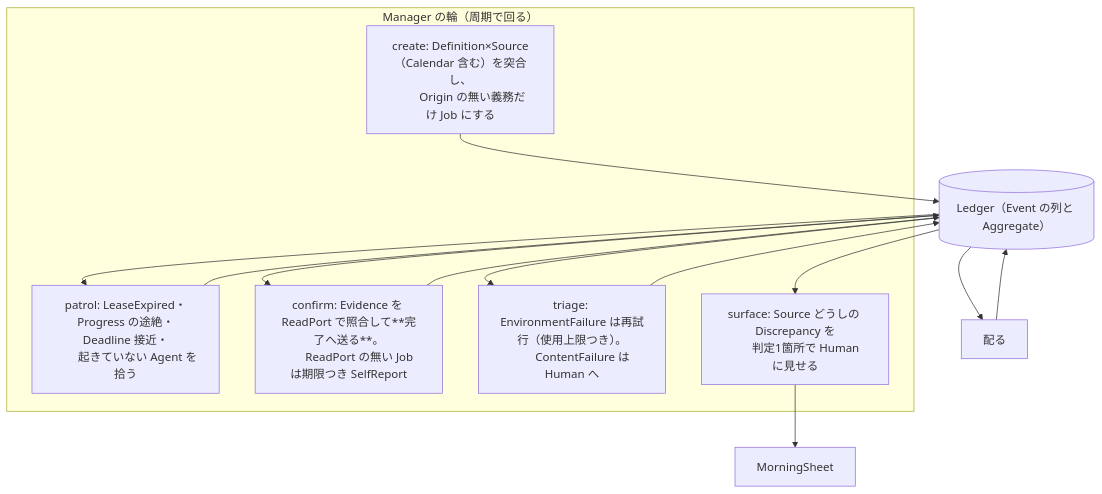
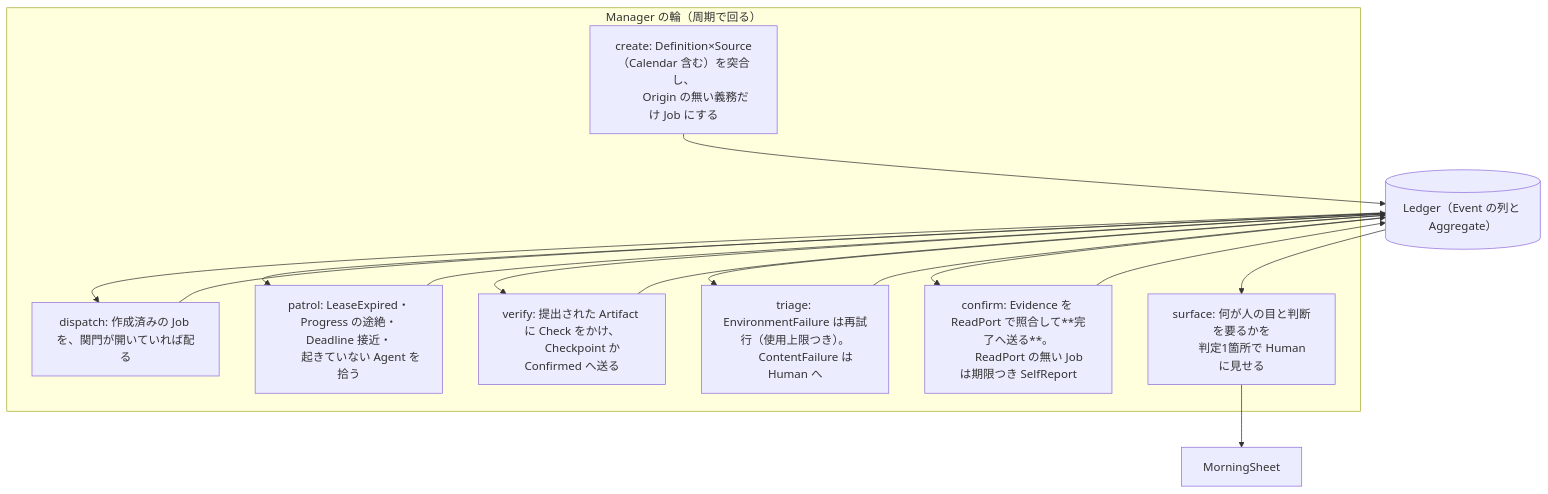
One commit to takashi-hash/troupe changed the diagram in 設計/5_出来事/調停図.md. Above: the diagram before and after it, drawn with Mermaid. The commit also changed other lines of this file and 16 other files, not shown here.

````diff
--- a/設計/5_出来事/調停図.md
+++ b/設計/5_出来事/調停図.md
@@ -12,23 +12,27 @@
 ```mermaid
 flowchart TB
     Ledger[("Ledger（Event の列と Aggregate）")]
     subgraph mgr["Manager の輪（周期で回る）"]
         create["create: Definition×Source（Calendar 含む）を突合し、
         Origin の無い義務だけ Job にする"]
+        dispatch["dispatch: 作成済みの Job を、関門が開いていれば配る"]
         patrol["patrol: LeaseExpired・Progress の途絶・Deadline 接近・
         起きていない Agent を拾う"]
+        verify["verify: 提出された Artifact に Check をかけ、
+        Checkpoint か Confirmed へ送る"]
+        triage["triage: EnvironmentFailure は再試行（使用上限つき）。
+        ContentFailure は Human へ"]
         confirm["confirm: Evidence を ReadPort で照合して**完了へ送る**。
         ReadPort の無い Job は期限つき SelfReport"]
-        triage["triage: EnvironmentFailure は再試行（使用上限つき）。
-        ContentFailure は Human へ"]
-        surface["surface: Source どうしの Discrepancy を
+        surface["surface: 何が人の目と判断を要るかを
         判定1箇所で Human に見せる"]
     end
     MorningSheet["MorningSheet"]
     create --> Ledger
-    Ledger --> 配る --> Ledger
+    Ledger --> dispatch --> Ledger
     Ledger --> patrol --> Ledger
+    Ledger --> verify --> Ledger
+    Ledger --> triage --> Ledger
     Ledger --> confirm --> Ledger
-    Ledger --> triage --> Ledger
     Ledger --> surface --> MorningSheet
 ```
````
